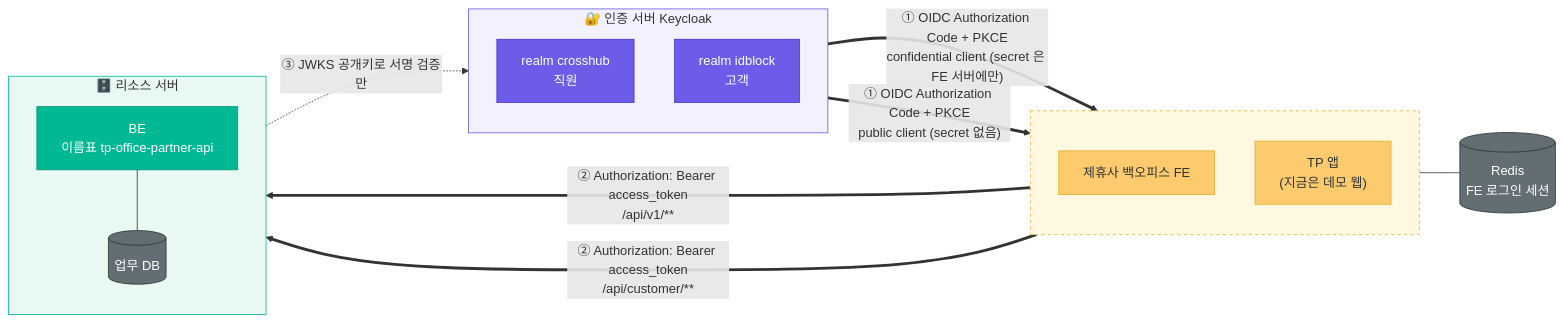
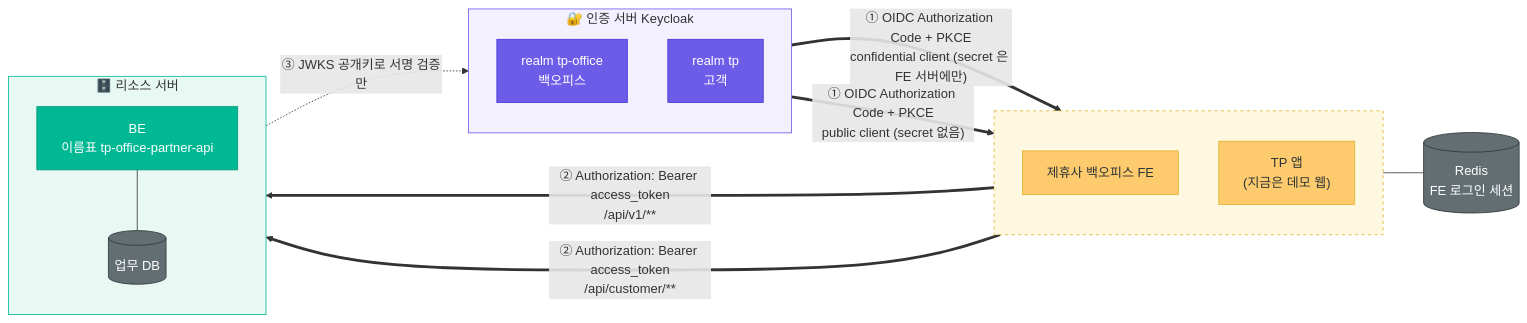
One commit to crosshub-poc-backoffice/travelpass-backoffice-BE changed the first of 4 diagrams in docs/architecture-overview.md. Above: the diagram before and after it, drawn with Mermaid. The commit also changed other lines of this file and 20 other files, not shown here.

First line of the commit message:
feat: realm tp-office·tp 로 — 계정은 그룹에 넣으며 만든다

````diff
--- a/docs/architecture-overview.md
+++ b/docs/architecture-overview.md
@@ -9,39 +9,39 @@
 ```mermaid
 flowchart LR
   subgraph KC["🔐 인증 서버 Keycloak"]
     direction TB
-    R1["realm crosshub<br/>직원"]
-    R2["realm idblock<br/>고객"]
+    R1["realm tp-office<br/>백오피스"]
+    R2["realm tp<br/>고객"]
   end
   subgraph C[" "]
     direction TB
     FE["제휴사 백오피스 FE"]
     APP["TP 앱<br/>(지금은 데모 웹)"]
   end
   REDIS[("Redis<br/>FE 로그인 세션")]
   subgraph RS["🗄️ 리소스 서버"]
     direction TB
     BE["BE<br/>이름표 tp-office-partner-api"]
     DB[("업무 DB")]
   end
 
   R1 == "① OIDC Authorization Code + PKCE<br/>confidential client (secret 은 FE 서버에만)" ==> FE
   R2 == "① OIDC Authorization Code + PKCE<br/>public client (secret 없음)" ==> APP
   FE == "② Authorization: Bearer access_token<br/>/api/v1/**" ==> BE
   APP == "② Authorization: Bearer access_token<br/>/api/customer/**" ==> BE
   FE --- REDIS
   BE --- DB
   BE -. "③ JWKS 공개키로 서명 검증만" .-> KC
 
   classDef auth fill:#6C5CE7,stroke:#4834d4,color:#fff
   classDef app fill:#FDCB6E,stroke:#e1b12c,color:#2d3436
   classDef rs fill:#00B894,stroke:#019875,color:#fff
   classDef db fill:#636e72,stroke:#2d3436,color:#fff
   class R1,R2 auth
   class FE,APP app
   class BE rs
   class DB,REDIS db
   style C fill:#fff8e1,stroke:#e1b12c,stroke-dasharray:4
   style KC fill:#f3f0ff,stroke:#6C5CE7
   style RS fill:#e8f8f3,stroke:#00B894
 ```
````
